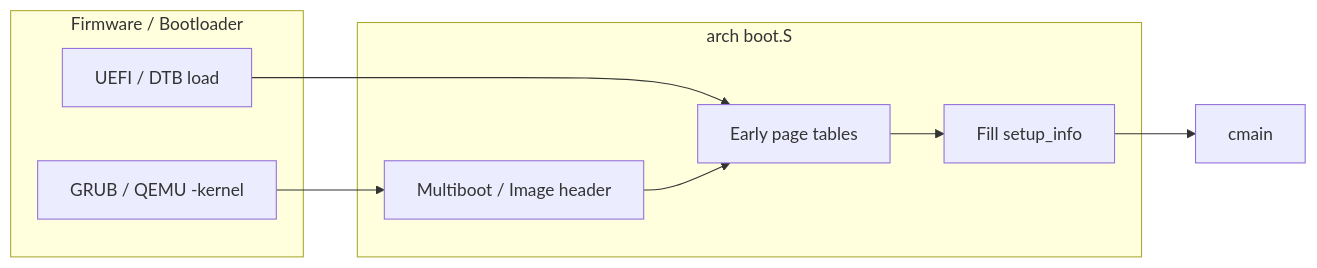
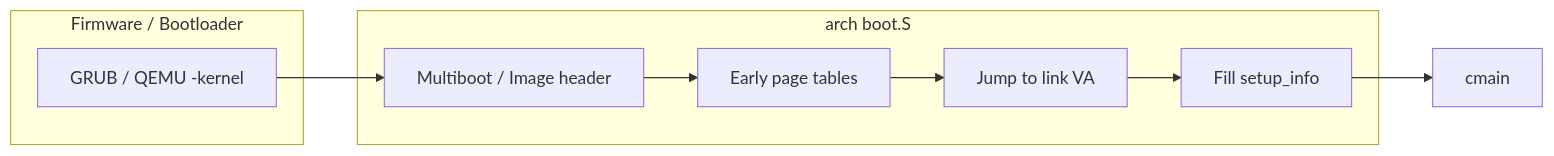
The first of 2 diagrams in docs/v0.1/full/01-启动与初始化/启动流程总览.md (ZhiyuanSue/RendezvOS), drawn with Mermaid before and after one commit. The commit also changed other lines of this file and 49 other files, not shown here.

````diff
--- a/docs/v0.1/full/01-启动与初始化/启动流程总览.md
+++ b/docs/v0.1/full/01-启动与初始化/启动流程总览.md
@@ -85,17 +173,17 @@
 ```mermaid
 flowchart LR
   subgraph fw [Firmware / Bootloader]
     GRUB[GRUB / QEMU -kernel]
-    UEFI[UEFI / DTB load]
   end
   subgraph arch [arch boot.S]
     MB[Multiboot / Image header]
     PT[Early page tables]
+    HI[Jump to link VA]
     SI[Fill setup_info]
   end
   GRUB --> MB
-  UEFI --> PT
   MB --> PT
-  PT --> SI
+  PT --> HI
+  HI --> SI
   SI --> CM[cmain]
 ```
````
